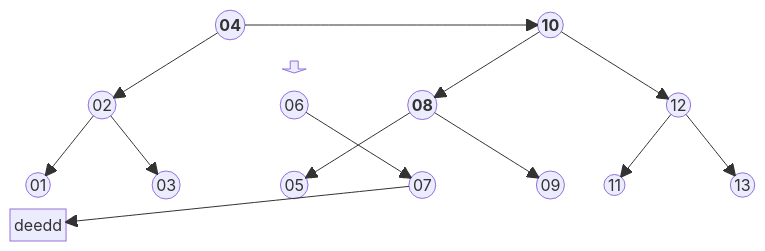
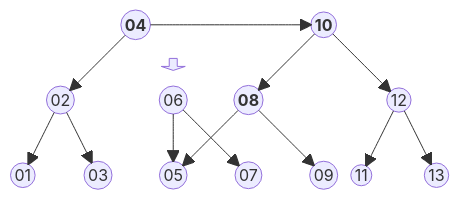
One commit to BenhurUFSM/l226b changed the ninth of 9 diagrams in Assuntos/arvore-aa.md. Above: the diagram before and after it, drawn with Mermaid.

````diff
--- a/Assuntos/arvore-aa.md
+++ b/Assuntos/arvore-aa.md
@@ -283,21 +283,21 @@
 ```mermaid
 block
 columns 12
 space:3 r(("<b>04</b>")) space:4 d(("<b>10</b>")) space:3
 space:4 f<[" "]>(down) space:7
 space e(("02")) space:2 dee(("06")) space de(("<b>08</b>")) space:3 dd(("12")) space
 space:12
 ee(("01")) space ed(("03")) space deee(("05")) space deed(("07")) space ded(("09")) dde(("11")) space ddd(("13"))
 r-->e
 r-->d
 e-->ee
 e-->ed
 d-->de
 d-->dd
 de-->deee
 de-->ded
+dee-->deee
 dee-->deed
 dd-->dde
 dd-->ddd
-deed-->deedd
 ```
````
